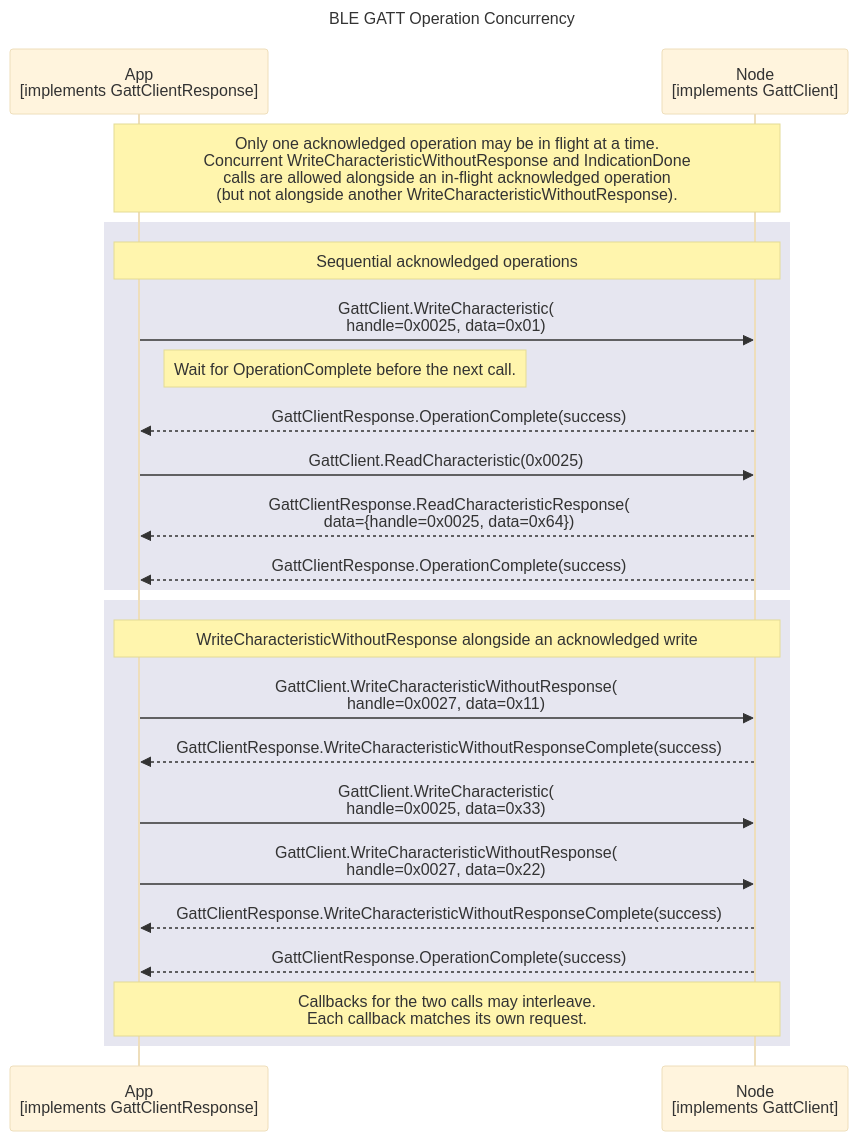
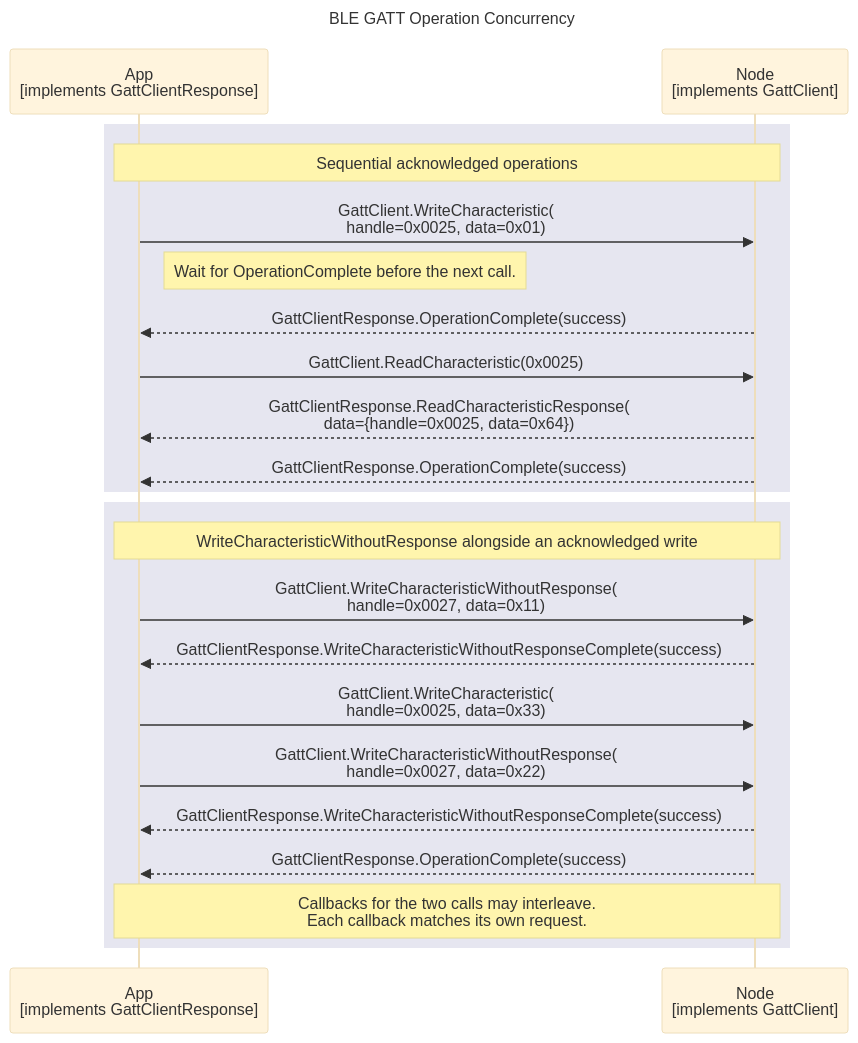
Before and after one commit to philips-software/amp-embedded-infra-lib: the diagram in documents/modules/ROOT/partials/echoservices/gatt_client/GattClient_OperationConcurrency_sequence.mmd, drawn with Mermaid (base theme). The commit also changed 16 other files, not shown here.

```diff
--- a/documents/modules/ROOT/partials/echoservices/gatt_client/GattClient_OperationConcurrency_sequence.mmd
+++ b/documents/modules/ROOT/partials/echoservices/gatt_client/GattClient_OperationConcurrency_sequence.mmd
@@ -1,30 +1,28 @@
 sequenceDiagram
     title BLE GATT Operation Concurrency
 
     participant App as App<br>[implements GattClientResponse]
     participant Node as Node<br>[implements GattClient]
-
-    Note over App, Node: Only one acknowledged operation may be in flight at a time.<br>Concurrent WriteCharacteristicWithoutResponse and IndicationDone<br>calls are allowed alongside an in-flight acknowledged operation<br>(but not alongside another WriteCharacteristicWithoutResponse).
 
     rect rgb(230, 230, 240)
         note over App, Node: Sequential acknowledged operations
         App->>Node: GattClient.WriteCharacteristic(<br>handle=0x0025, data=0x01)
         Note right of App: Wait for OperationComplete before the next call.
         Node-->>App: GattClientResponse.OperationComplete(success)
 
         App->>Node: GattClient.ReadCharacteristic(0x0025)
         Node-->>App: GattClientResponse.ReadCharacteristicResponse(<br>data={handle=0x0025, data=0x64})
         Node-->>App: GattClientResponse.OperationComplete(success)
     end
 
     rect rgb(230, 230, 240)
         note over App, Node: WriteCharacteristicWithoutResponse alongside an acknowledged write
         App->>Node: GattClient.WriteCharacteristicWithoutResponse(<br>handle=0x0027, data=0x11)
         Node-->>App: GattClientResponse.WriteCharacteristicWithoutResponseComplete(success)
 
         App->>Node: GattClient.WriteCharacteristic(<br>handle=0x0025, data=0x33)
         App->>Node: GattClient.WriteCharacteristicWithoutResponse(<br>handle=0x0027, data=0x22)
         Node-->>App: GattClientResponse.WriteCharacteristicWithoutResponseComplete(success)
         Node-->>App: GattClientResponse.OperationComplete(success)
         Note over App, Node: Callbacks for the two calls may interleave.<br>Each callback matches its own request.
     end
```
